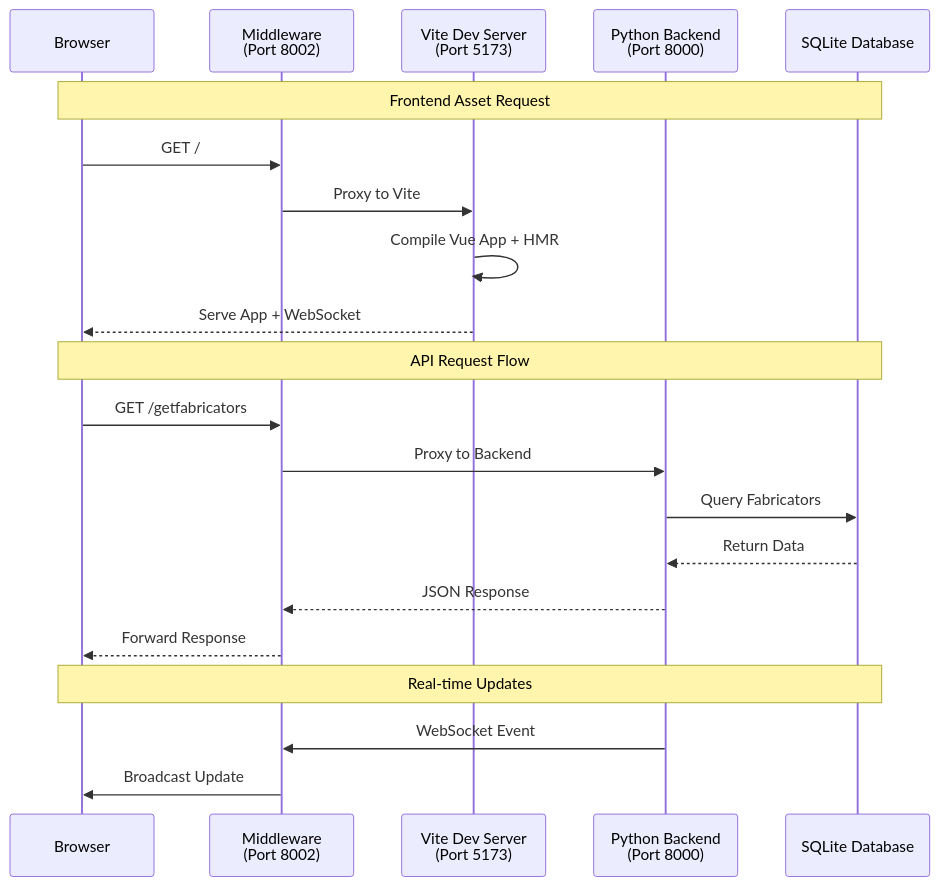
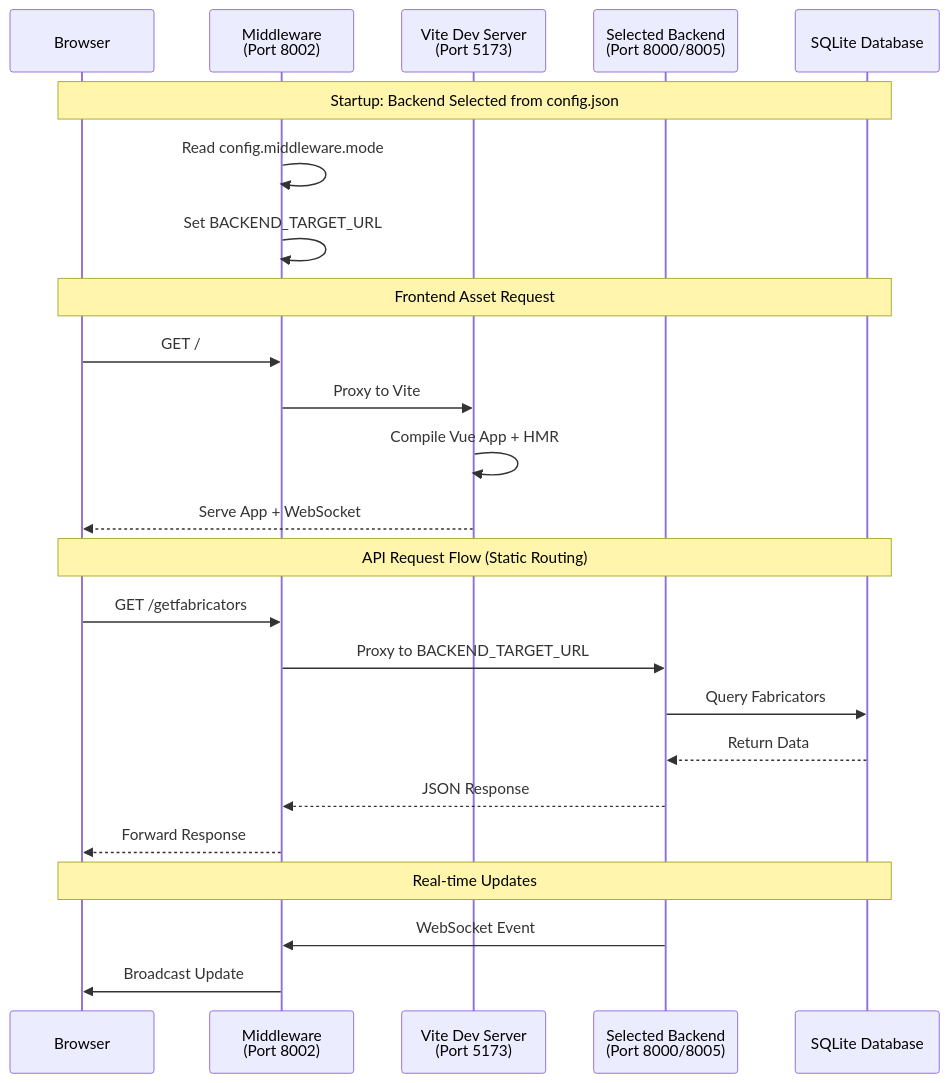
Before and after one commit to sunyhydralab/QView3D: the second of 2 diagrams in README.md, drawn with Mermaid. The commit also changed other lines of this file and 4 other files, not shown here.

Commit message:
docs: update documentation to reflect middleware architecture changes

````diff
--- a/README.md
+++ b/README.md
@@ -92,26 +99,30 @@
 ```mermaid
 sequenceDiagram
     participant B as Browser
     participant M as Middleware<br/>(Port 8002)
     participant V as Vite Dev Server<br/>(Port 5173)
-    participant P as Python Backend<br/>(Port 8000)
+    participant BE as Selected Backend<br/>(Port 8000/8005)
     participant DB as SQLite Database
+
+    Note over B,DB: Startup: Backend Selected from config.json
+    M->>M: Read config.middleware.mode
+    M->>M: Set BACKEND_TARGET_URL
 
     Note over B,DB: Frontend Asset Request
     B->>M: GET /
     M->>V: Proxy to Vite
     V->>V: Compile Vue App + HMR
     V-->>B: Serve App + WebSocket
 
-    Note over B,DB: API Request Flow
+    Note over B,DB: API Request Flow (Static Routing)
     B->>M: GET /getfabricators
-    M->>P: Proxy to Backend
-    P->>DB: Query Fabricators
-    DB-->>P: Return Data
-    P-->>M: JSON Response
+    M->>BE: Proxy to BACKEND_TARGET_URL
+    BE->>DB: Query Fabricators
+    DB-->>BE: Return Data
+    BE-->>M: JSON Response
     M-->>B: Forward Response
 
     Note over B,DB: Real-time Updates
-    P->>M: WebSocket Event
+    BE->>M: WebSocket Event
     M->>B: Broadcast Update
 ```
````
